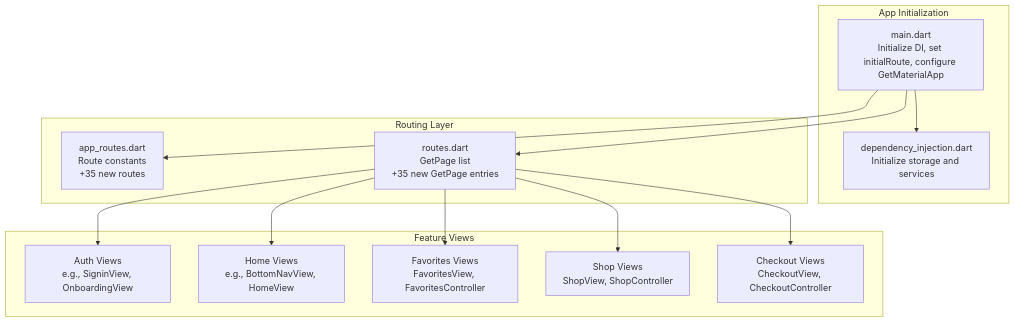
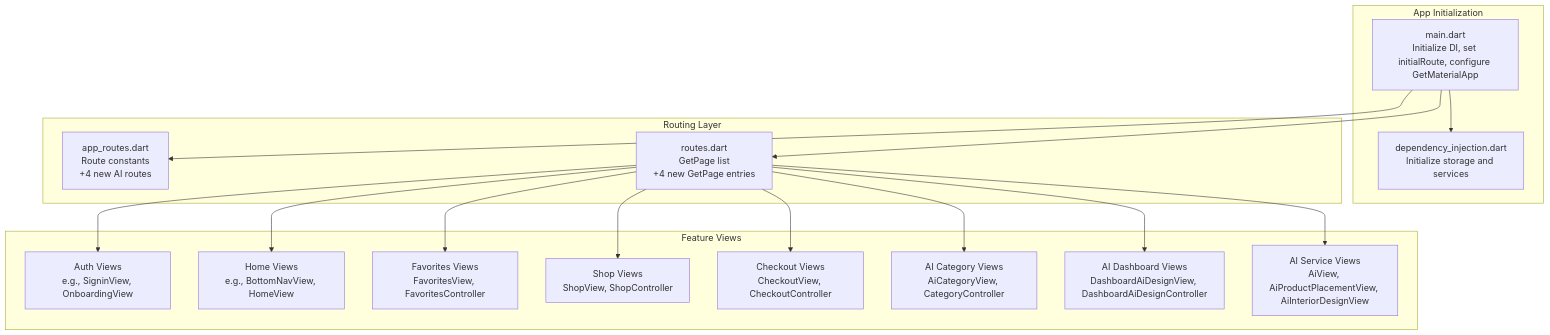
Before and after one commit to Ariful3111/FurniGo: the first of 9 diagrams in .qoder/repowiki/en/content/Architecture Overview/Routing and Navigation.md, drawn with Mermaid. The commit also changed other lines of this file and 67 other files, not shown here.

````diff
--- a/.qoder/repowiki/en/content/Architecture Overview/Routing and Navigation.md
+++ b/.qoder/repowiki/en/content/Architecture Overview/Routing and Navigation.md
@@ -49,26 +57,32 @@
 ```mermaid
 graph TB
 subgraph "App Initialization"
 MAIN["main.dart<br/>Initialize DI, set initialRoute, configure GetMaterialApp"]
 DI["dependency_injection.dart<br/>Initialize storage and services"]
 end
 subgraph "Routing Layer"
-APPRT["app_routes.dart<br/>Route constants<br/>+35 new routes"]
-ROUTES["routes.dart<br/>GetPage list<br/>+35 new GetPage entries"]
+APPRT["app_routes.dart<br/>Route constants<br/>+4 new AI routes"]
+ROUTES["routes.dart<br/>GetPage list<br/>+4 new GetPage entries"]
 end
 subgraph "Feature Views"
 AUTHV["Auth Views<br/>e.g., SigninView, OnboardingView"]
 HOMEV["Home Views<br/>e.g., BottomNavView, HomeView"]
 FAVORITES["Favorites Views<br/>FavoritesView, FavoritesController"]
 SHOP["Shop Views<br/>ShopView, ShopController"]
 CHECKOUT["Checkout Views<br/>CheckoutView, CheckoutController"]
+AICAT["AI Category Views<br/>AiCategoryView, CategoryController"]
+AIDASHBOARD["AI Dashboard Views<br/>DashboardAiDesignView, DashboardAiDesignController"]
+AISERVICES["AI Service Views<br/>AiView, AiProductPlacementView, AiInteriorDesignView"]
 end
 MAIN --> DI
 MAIN --> APPRT
 MAIN --> ROUTES
 ROUTES --> AUTHV
 ROUTES --> HOMEV
 ROUTES --> FAVORITES
 ROUTES --> SHOP
 ROUTES --> CHECKOUT
+ROUTES --> AICAT
+ROUTES --> AIDASHBOARD
+ROUTES --> AISERVICES
 ```
````
